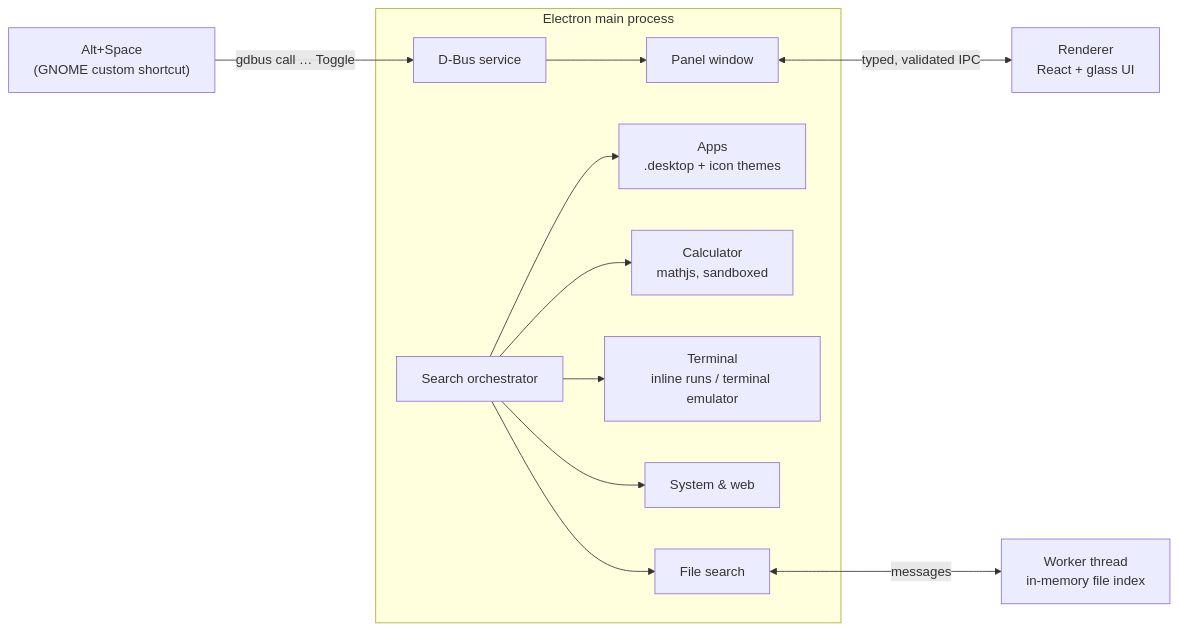
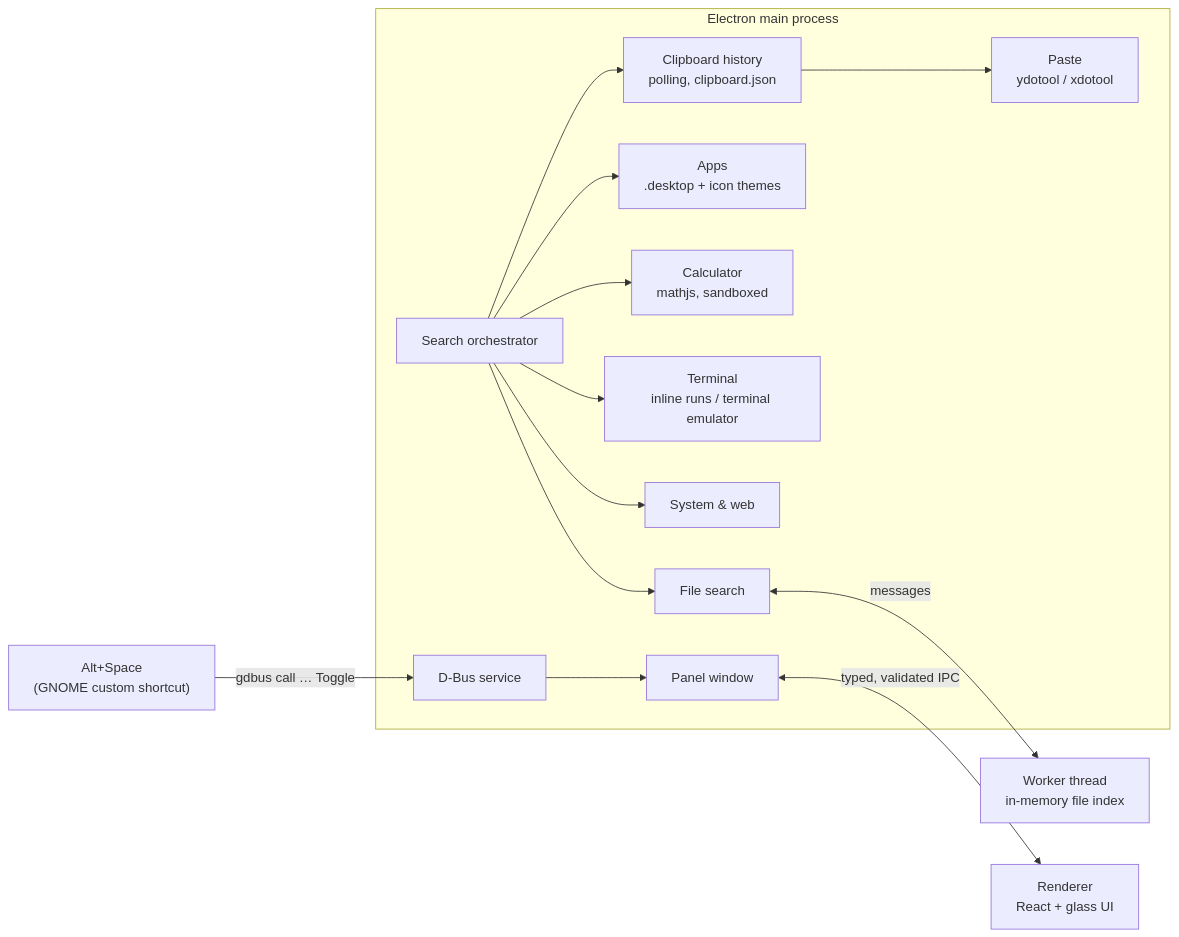
Before and after one commit to smith8h/lumen: the diagram in README.md, drawn with Mermaid. The commit also changed other lines of this file and 2 other files, not shown here.

Commit message:
chore: update .gitignore and enhance README with clipboard history details

````diff
--- a/README.md
+++ b/README.md
@@ -134,14 +159,16 @@
 ```mermaid
 flowchart LR
     K["Alt+Space<br/>(GNOME custom shortcut)"] -- "gdbus call … Toggle" --> D["D-Bus service"]
     subgraph Main["Electron main process"]
         D --> W["Panel window"]
         S["Search orchestrator"] --> A["Apps<br/>.desktop + icon themes"]
         S --> C["Calculator<br/>mathjs, sandboxed"]
         S --> T["Terminal<br/>inline runs / terminal emulator"]
         S --> Y["System & web"]
         S --> F["File search"]
+        S --> CB["Clipboard history<br/>polling, clipboard.json"]
+        CB --> P["Paste<br/>ydotool / xdotool"]
     end
     F <-- "messages" --> FW["Worker thread<br/>in-memory file index"]
     W <-- "typed, validated IPC" --> R["Renderer<br/>React + glass UI"]
 ```
````
